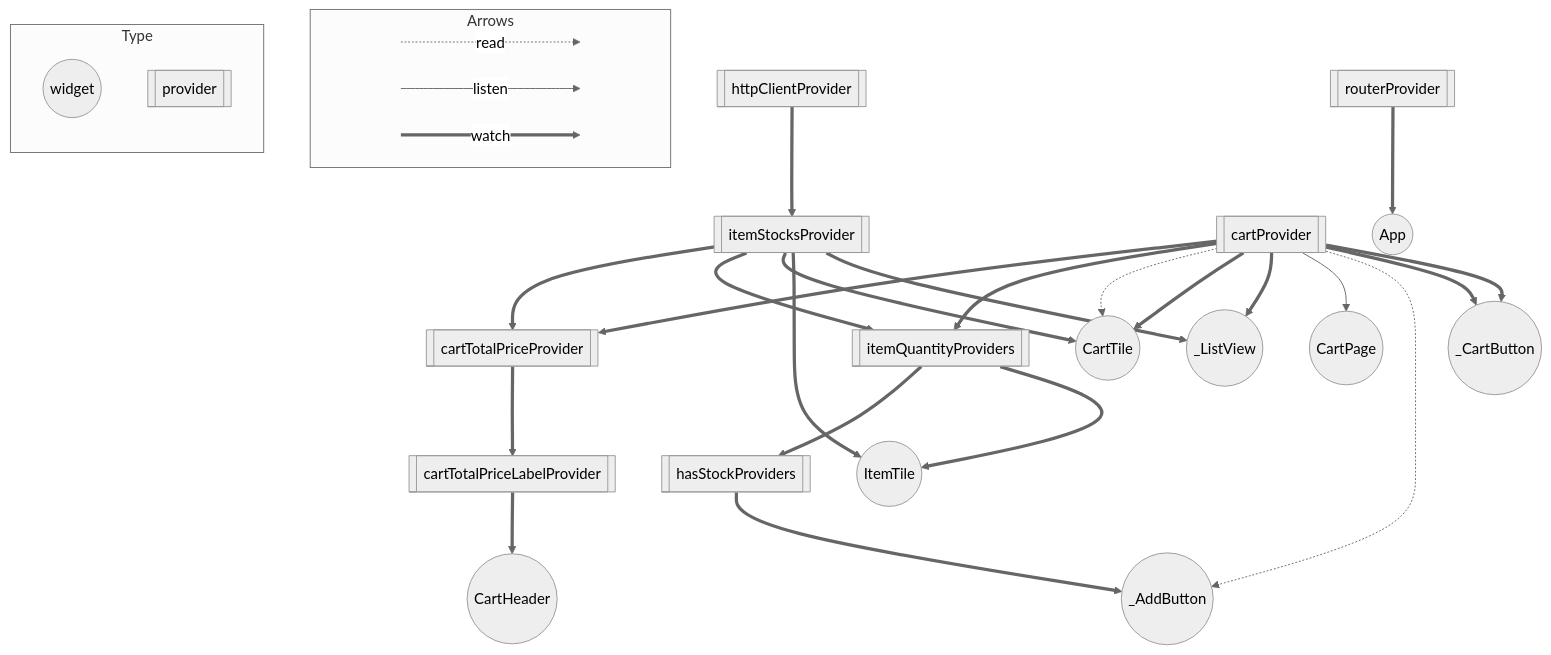
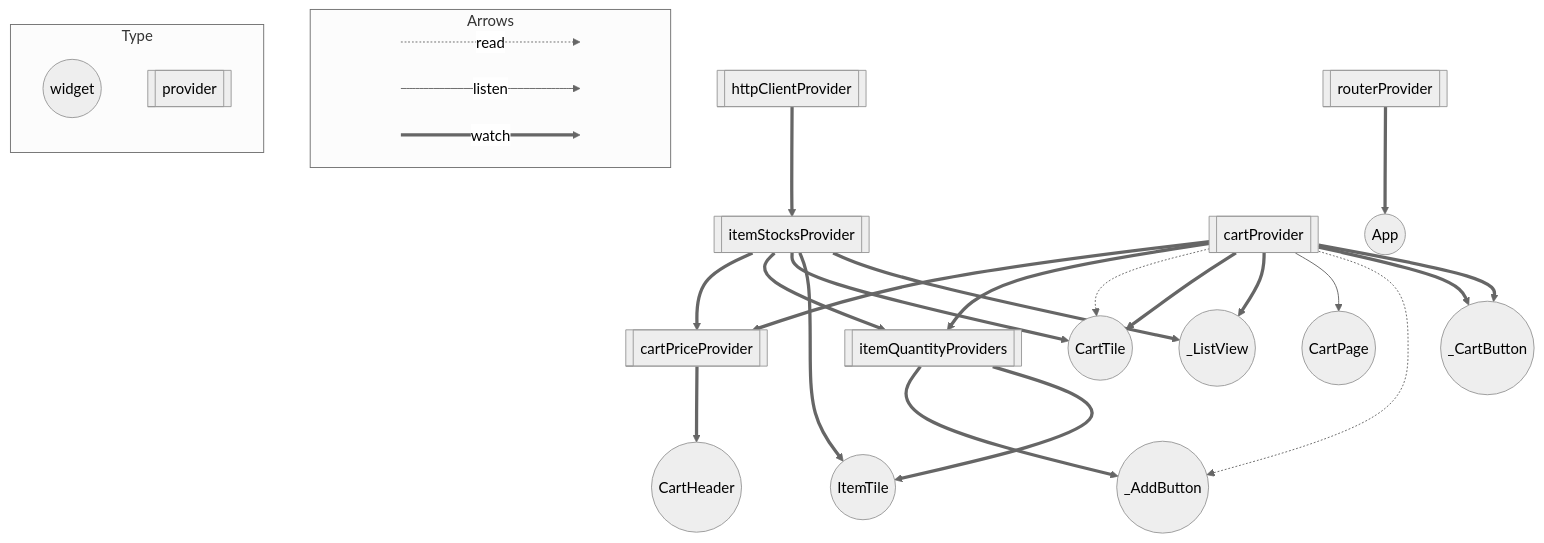
One commit to mono0926/wdb106-flutter changed the diagram in README.md. Above: the diagram before and after it, drawn with Mermaid (neutral theme).

Commit message:
Update mermaid

````diff
--- a/README.md
+++ b/README.md
@@ -26,59 +26,55 @@
 ```mermaid
 flowchart TB
   subgraph Arrows
     direction LR
     start1[ ] -..->|read| stop1[ ]
     style start1 height:0px;
     style stop1 height:0px;
     start2[ ] --->|listen| stop2[ ]
     style start2 height:0px;
     style stop2 height:0px;
     start3[ ] ===>|watch| stop3[ ]
     style start3 height:0px;
     style stop3 height:0px;
   end
 
   subgraph Type
     direction TB
     ConsumerWidget((widget));
     Provider[[provider]];
   end
   _ListView((_ListView));
   itemStocksProvider ==> _ListView;
   _CartButton((_CartButton));
   cartProvider ==> _CartButton;
   cartProvider ==> _CartButton;
   ItemTile((ItemTile));
   itemStocksProvider ==> ItemTile;
   itemQuantityProviders ==> ItemTile;
   _AddButton((_AddButton));
-  hasStockProviders ==> _AddButton;
+  itemQuantityProviders ==> _AddButton;
   cartProvider -.-> _AddButton;
   CartPage((CartPage));
   cartProvider --> CartPage;
   _ListView((_ListView));
   cartProvider ==> _ListView;
   CartHeader((CartHeader));
-  cartTotalPriceLabelProvider ==> CartHeader;
+  cartPriceProvider ==> CartHeader;
   CartTile((CartTile));
   itemStocksProvider ==> CartTile;
   cartProvider ==> CartTile;
   cartProvider -.-> CartTile;
   App((App));
   routerProvider ==> App;
   itemStocksProvider[[itemStocksProvider]];
   httpClientProvider ==> itemStocksProvider;
   httpClientProvider[[httpClientProvider]];
   itemQuantityProviders[[itemQuantityProviders]];
   itemStocksProvider ==> itemQuantityProviders;
   cartProvider ==> itemQuantityProviders;
   cartProvider[[cartProvider]];
-  hasStockProviders[[hasStockProviders]];
-  itemQuantityProviders ==> hasStockProviders;
-  cartTotalPriceLabelProvider[[cartTotalPriceLabelProvider]];
-  cartTotalPriceProvider ==> cartTotalPriceLabelProvider;
-  cartTotalPriceProvider[[cartTotalPriceProvider]];
-  cartProvider ==> cartTotalPriceProvider;
-  itemStocksProvider ==> cartTotalPriceProvider;
+  cartPriceProvider[[cartPriceProvider]];
+  cartProvider ==> cartPriceProvider;
+  itemStocksProvider ==> cartPriceProvider;
   routerProvider[[routerProvider]];
   ```
````
